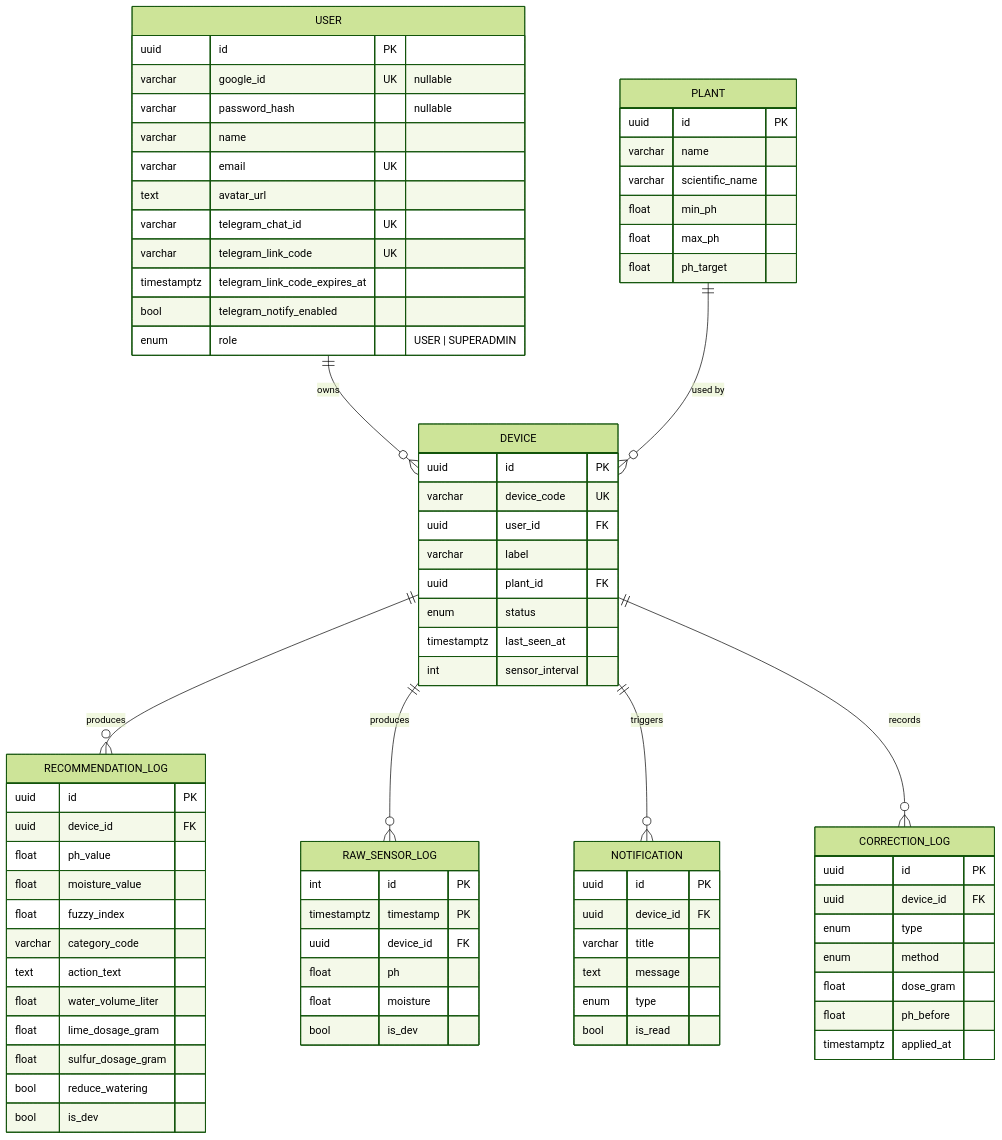
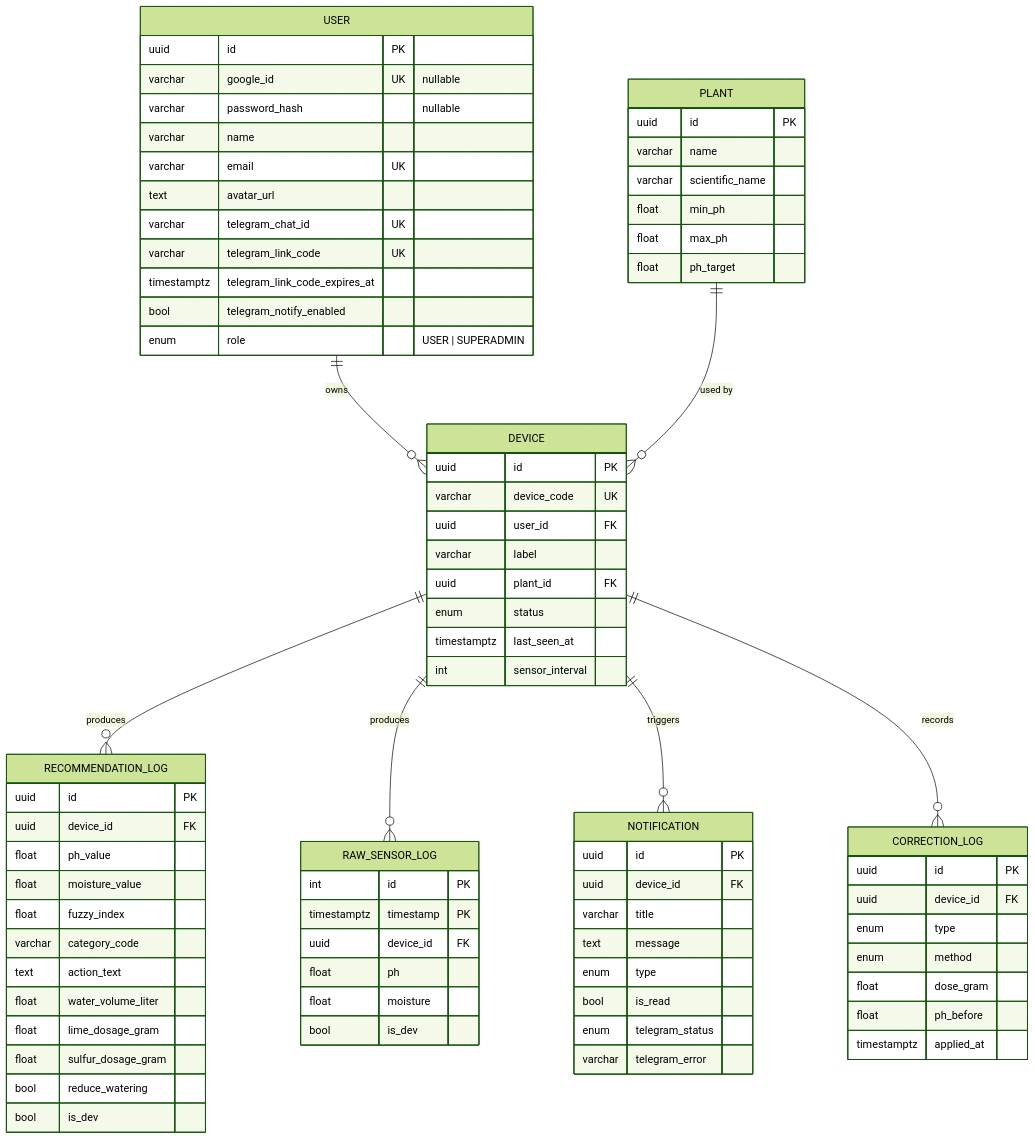
Before and after one commit to Capstone2026-E04/Subur.in: the diagram in docs/architecture/database-schema.md, drawn with Mermaid (forest theme). The commit also changed other lines of this file and 7 other files, not shown here.

First line of the commit message:
feat(notification): catat status pengiriman Telegram di database

````diff
--- a/docs/architecture/database-schema.md
+++ b/docs/architecture/database-schema.md
@@ -19,80 +19,82 @@
 ```mermaid
 erDiagram
     USER ||--o{ DEVICE : owns
     PLANT ||--o{ DEVICE : "used by"
     DEVICE ||--o{ RECOMMENDATION_LOG : produces
     DEVICE ||--o{ RAW_SENSOR_LOG : produces
     DEVICE ||--o{ NOTIFICATION : triggers
     DEVICE ||--o{ CORRECTION_LOG : records
 
     USER {
         uuid id PK
         varchar google_id UK "nullable"
         varchar password_hash "nullable"
         varchar name
         varchar email UK
         text avatar_url
         varchar telegram_chat_id UK
         varchar telegram_link_code UK
         timestamptz telegram_link_code_expires_at
         bool telegram_notify_enabled
         enum role "USER | SUPERADMIN"
     }
     DEVICE {
         uuid id PK
         varchar device_code UK
         uuid user_id FK
         varchar label
         uuid plant_id FK
         enum status
         timestamptz last_seen_at
         int sensor_interval
     }
     PLANT {
         uuid id PK
         varchar name
         varchar scientific_name
         float min_ph
         float max_ph
         float ph_target
     }
     RECOMMENDATION_LOG {
         uuid id PK
         uuid device_id FK
         float ph_value
         float moisture_value
         float fuzzy_index
         varchar category_code
         text action_text
         float water_volume_liter
         float lime_dosage_gram
         float sulfur_dosage_gram
         bool reduce_watering
         bool is_dev
     }
     CORRECTION_LOG {
         uuid id PK
         uuid device_id FK
         enum type
         enum method
         float dose_gram
         float ph_before
         timestamptz applied_at
     }
     RAW_SENSOR_LOG {
         int id PK
         timestamptz timestamp PK
         uuid device_id FK
         float ph
         float moisture
         bool is_dev
     }
     NOTIFICATION {
         uuid id PK
         uuid device_id FK
         varchar title
         text message
         enum type
         bool is_read
+        enum telegram_status
+        varchar telegram_error
     }
 ```
````
